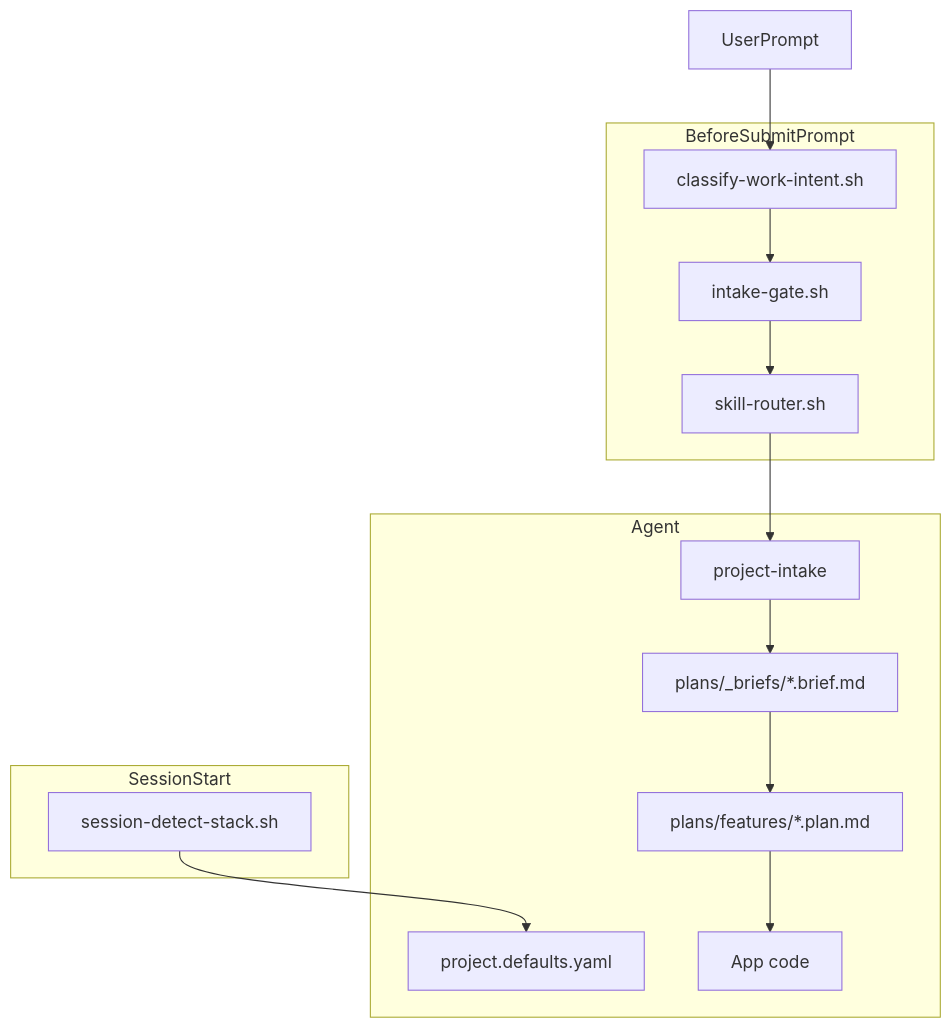
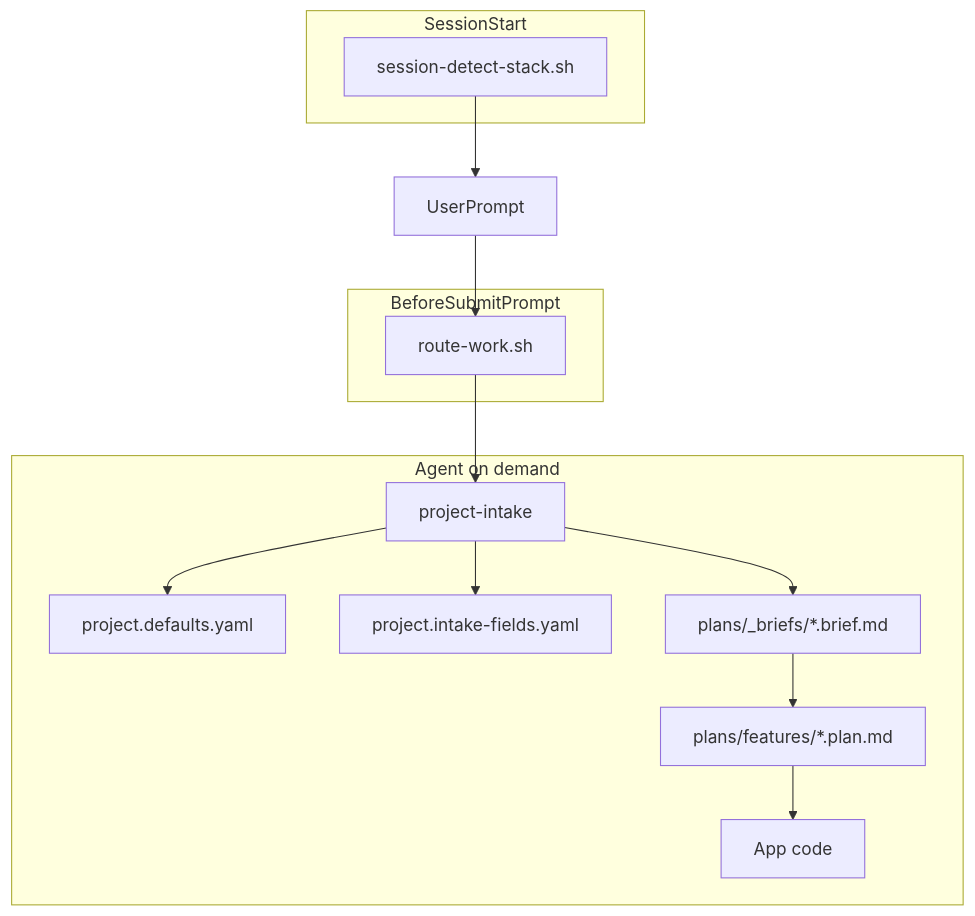
The diagram in README.md (etuncay/cursor-agent-kit), drawn with Mermaid before and after one commit. The commit also changed other lines of this file and 18 other files, not shown here.

````diff
--- a/README.md
+++ b/README.md
@@ -28,24 +28,25 @@
 ```mermaid
 flowchart TD
   subgraph session [SessionStart]
     SS[session-detect-stack.sh]
   end
   subgraph prompt [BeforeSubmitPrompt]
-    CI[classify-work-intent.sh]
-    IG[intake-gate.sh]
-    SR[skill-router.sh]
+    RW[route-work.sh]
   end
-  subgraph agent [Agent]
+  subgraph agent [Agent on demand]
     CFG[project.defaults.yaml]
+    FLD[project.intake-fields.yaml]
     INT[project-intake]
     BRIEF[plans/_briefs/*.brief.md]
     PLAN[plans/features/*.plan.md]
     CODE[App code]
   end
-  UserPrompt --> CI --> IG --> SR
-  SS --> CFG
-  SR --> INT
+  UserPrompt --> RW
+  SS --> UserPrompt
+  RW --> INT
+  INT --> CFG
+  INT --> FLD
   INT --> BRIEF
   BRIEF --> PLAN
   PLAN --> CODE
 ```
````
